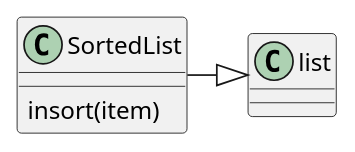
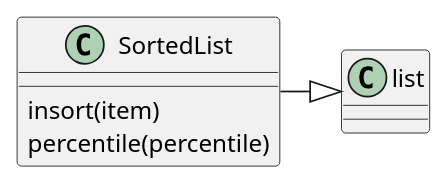
One commit to russell-n/theape changed the diagram in ape/commoncode/sortedlist.rst. Above: the diagram before and after it, drawn with PlantUML. The commit also changed other lines of this file and 42 other files, not shown here.

```diff
--- a/ape/commoncode/sortedlist.rst
+++ b/ape/commoncode/sortedlist.rst
@@ -13,4 +13,5 @@
 .. uml::
    
    SortedList -|> list
    SortedList : insort(item)
+   SortedList : percentile(percentile)
```
